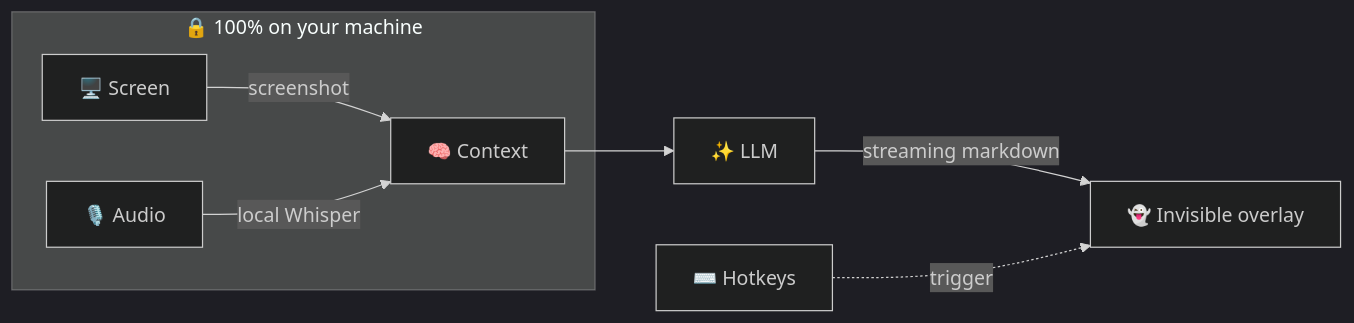
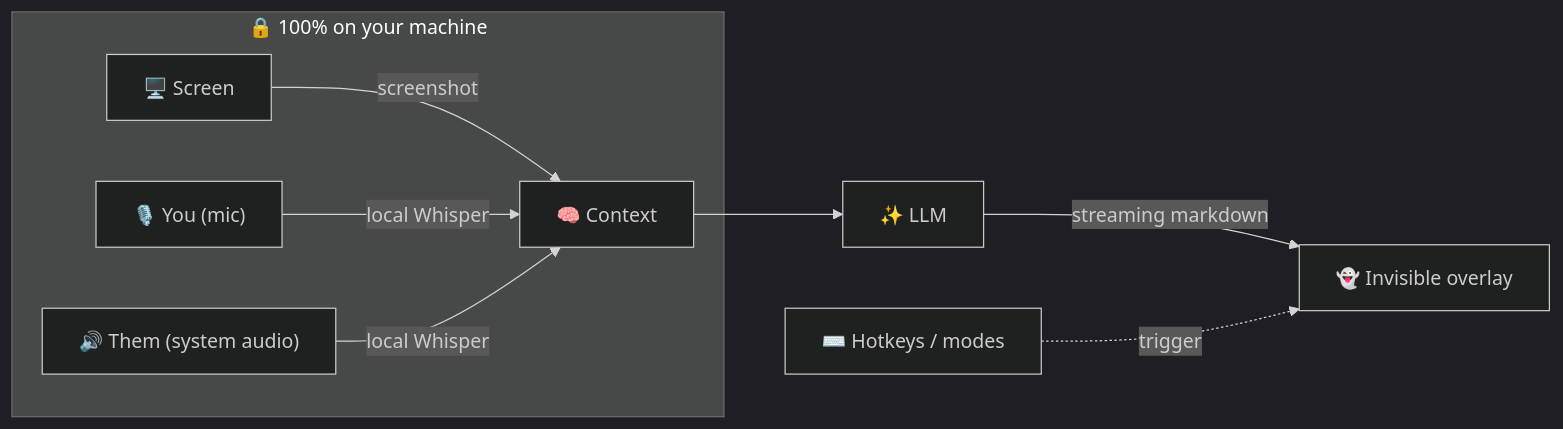
The diagram in README.md (shreyas463/DontPayFREELY), drawn with Mermaid (dark theme) before and after one commit. The commit also changed other lines of this file, not shown here.

Commit message:
Document system audio, meeting modes, ghost click-through, and onboarding

````diff
--- a/README.md
+++ b/README.md
@@ -56,14 +59,16 @@
 ```mermaid
 flowchart LR
     S["🖥️ Screen"] -->|screenshot| CTX["🧠 Context"]
-    A["🎙️ Audio"] -->|local Whisper| CTX
+    MIC["🎙️ You (mic)"] -->|local Whisper| CTX
+    SYS["🔊 Them (system audio)"] -->|local Whisper| CTX
     CTX --> LLM["✨ LLM"]
     LLM -->|streaming markdown| UI["👻 Invisible overlay"]
-    K["⌨️ Hotkeys"] -.trigger.-> UI
+    K["⌨️ Hotkeys / modes"] -.trigger.-> UI
 
     subgraph OnDevice["🔒 100% on your machine"]
         S
-        A
+        MIC
+        SYS
         CTX
     end
 ```
````
